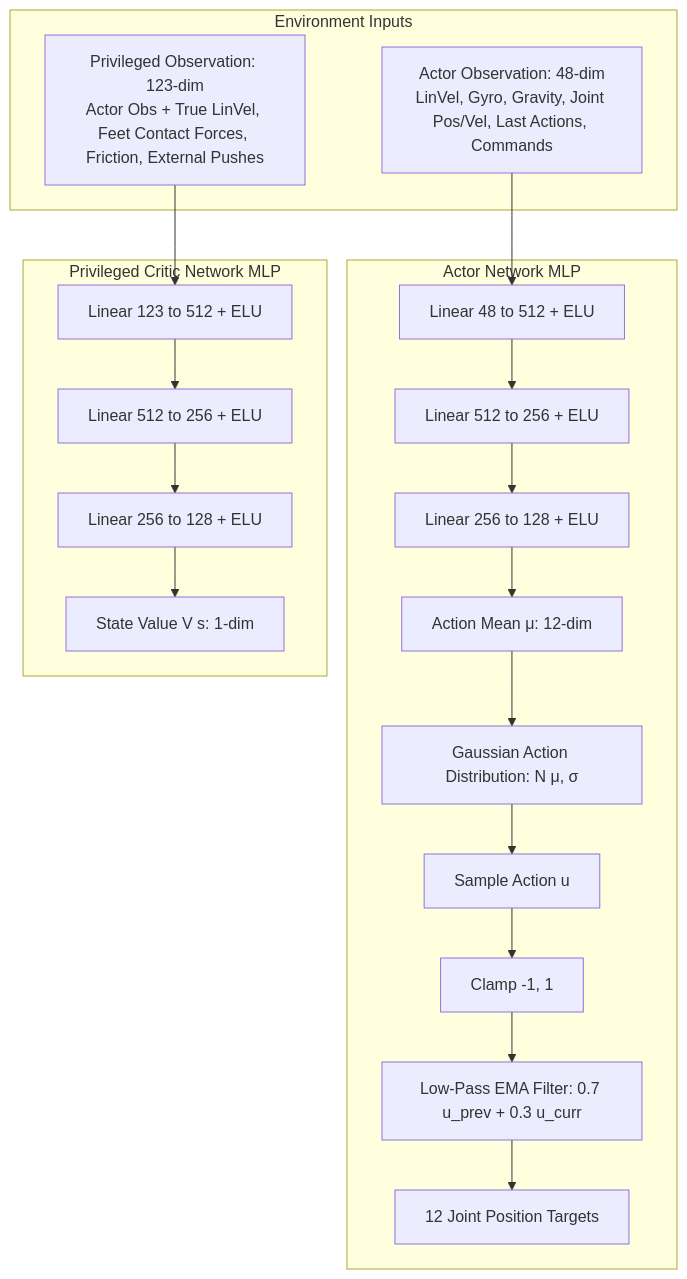
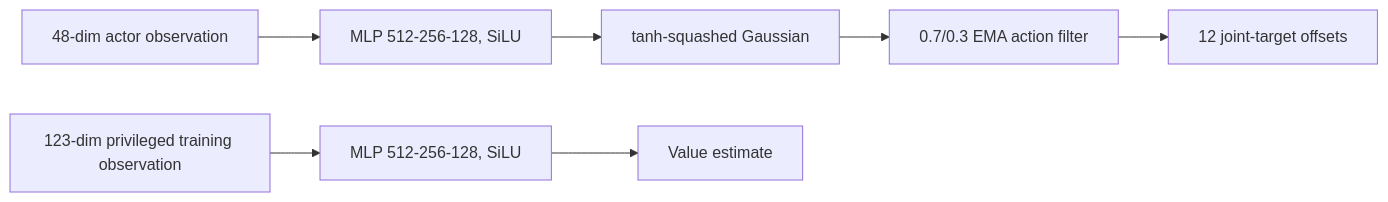
The diagram in write-up/submission.md (deepcode-dev/rl-launchpad), drawn with Mermaid before and after one commit. The commit also changed other lines of this file and 9 other files, not shown here.

````diff
--- a/write-up/submission.md
+++ b/write-up/submission.md
@@ -13,26 +9,9 @@
 ```mermaid
-graph TD
-    subgraph Environment Inputs
-        O[Actor Observation: 48-dim<br/>LinVel, Gyro, Gravity, Joint Pos/Vel, Last Actions, Commands]
-        PO[Privileged Observation: 123-dim<br/>Actor Obs + True LinVel, Feet Contact Forces, Friction, External Pushes]
-    end
-
-    subgraph Actor Network MLP
-        O --> A1[Linear 48 to 512 + ELU]
-        A1 --> A2[Linear 512 to 256 + ELU]
-        A2 --> A3[Linear 256 to 128 + ELU]
-        A3 --> AM[Action Mean μ: 12-dim]
-        AM --> Normal[Gaussian Action Distribution: N μ, σ]
-        Normal --> Sample[Sample Action u]
-        Sample --> Clamp[Clamp -1, 1]
-        Clamp --> EMA[Low-Pass EMA Filter: 0.7 u_prev + 0.3 u_curr]
-        EMA --> JointTargets[12 Joint Position Targets]
-    end
-
-    subgraph Privileged Critic Network MLP
-        PO --> C1[Linear 123 to 512 + ELU]
-        C1 --> C2[Linear 512 to 256 + ELU]
-        C2 --> C3[Linear 256 to 128 + ELU]
-        C3 --> Val[State Value V s: 1-dim]
-    end
+graph LR
+  O[48-dim actor observation] --> A[MLP 512-256-128, SiLU]
+  A --> D[tanh-squashed Gaussian]
+  D --> F[0.7/0.3 EMA action filter]
+  F --> U[12 joint-target offsets]
+  P[123-dim privileged training observation] --> C[MLP 512-256-128, SiLU]
+  C --> V[Value estimate]
 ```
````
